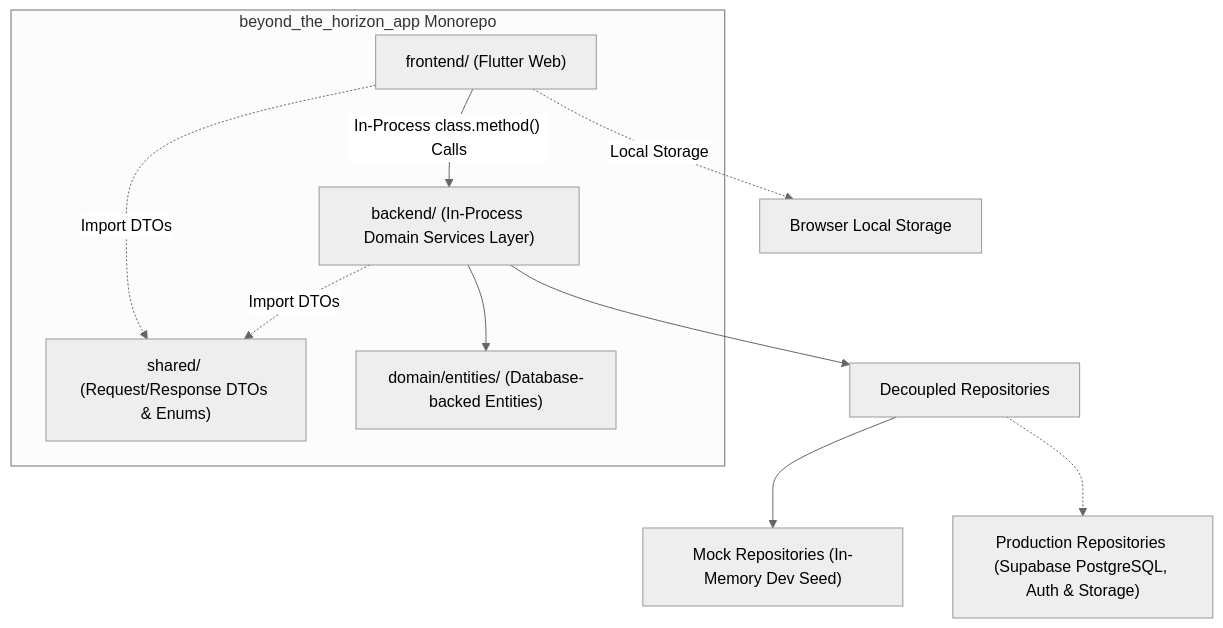
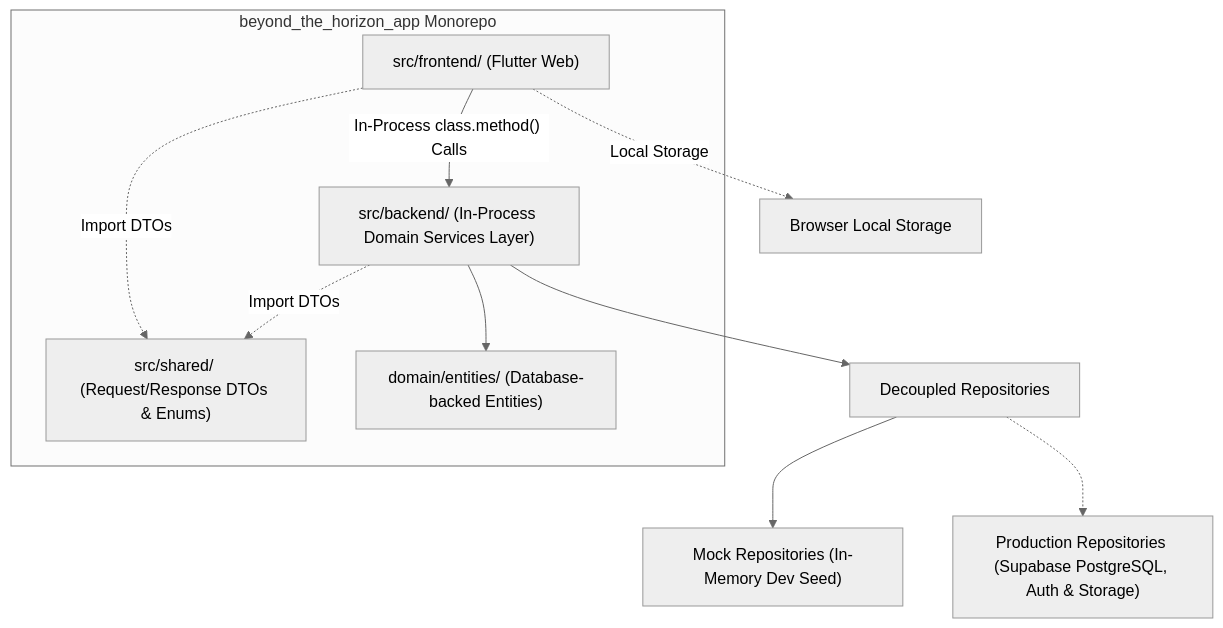
Before and after one commit to henriqueschorr/beyond_the_horizon_app: the diagram in design/01-sdd-overview.md, drawn with Mermaid (neutral theme). The commit also changed other lines of this file and 136 other files, not shown here.

Commit message:
feat(skills): introduce design and planner skills, migrate roadmap to flat markdown tickets, and restructure packages into src/

````diff
--- a/design/01-sdd-overview.md
+++ b/design/01-sdd-overview.md
@@ -59,14 +68,14 @@
 ```mermaid
 graph TD
     subgraph Repo ["beyond_the_horizon_app Monorepo"]
-        Client["frontend/ (Flutter Web)"] -->|"In-Process class.method() Calls"| Backend["backend/ (In-Process Domain Services Layer)"]
-        Client -.->|"Import DTOs"| Shared["shared/ (Request/Response DTOs & Enums)"]
+        Client["src/frontend/ (Flutter Web)"] -->|"In-Process class.method() Calls"| Backend["src/backend/ (In-Process Domain Services Layer)"]
+        Client -.->|"Import DTOs"| Shared["src/shared/ (Request/Response DTOs & Enums)"]
         Backend -.->|"Import DTOs"| Shared
         Backend --> Domain["domain/entities/ (Database-backed Entities)"]
     end
 
     Client -.->|"Local Storage"| BrowserStore["Browser Local Storage"]
     Backend --> Repos["Decoupled Repositories"]
     Repos --> MockDB["Mock Repositories (In-Memory Dev Seed)"]
     Repos -.-> ProdDB["Production Repositories (Supabase PostgreSQL, Auth & Storage)"]
 ```
````
